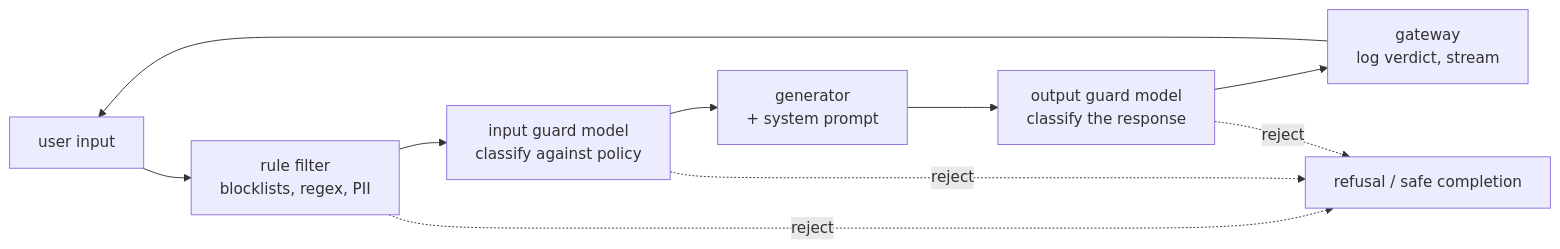
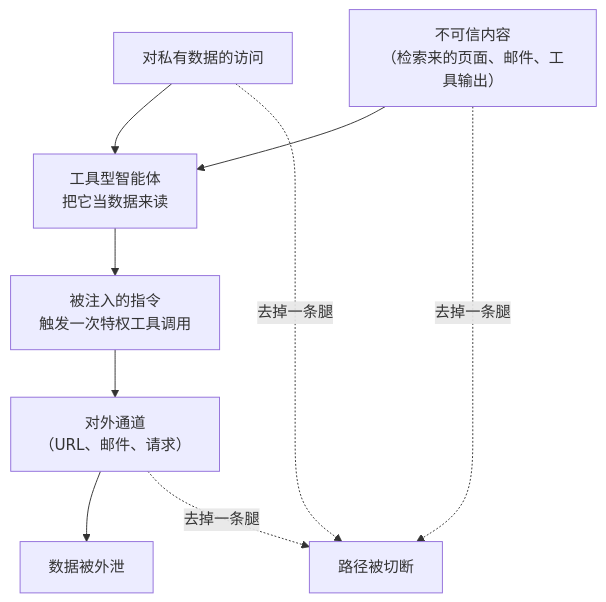
Before and after one commit to latere-ai/ai-as-an-infrastructure: the second of 2 diagrams in zh/p8-safety/35-runtime-safety.qmd, drawn with Mermaid. The commit also changed other lines of this file and 4 other files, not shown here.

First line of the commit message:
book: expand ch35 runtime-safety to design-first depth

````diff
--- a/zh/p8-safety/35-runtime-safety.qmd
+++ b/zh/p8-safety/35-runtime-safety.qmd
@@ -17,14 +49,13 @@
 ```{mermaid}
-%%| label: fig-runtime-safety-stack
-%%| fig-cap: "服务时的纵深防御。一个请求先过一道廉价的规则过滤器，再过一个输入守卫模型，再过受系统提示约束的生成器，再过一个输出守卫模型，最后由网关记录裁决并流式返回。每一层都尽其所能地早早拒绝，于是那个昂贵的裁判只看到含糊的余量。"
-flowchart LR
-  U["user input"] --> R["rule filter<br/>blocklists, regex, PII"]
-  R --> IG["input guard model<br/>classify against policy"]
-  IG --> G["generator<br/>+ system prompt"]
-  G --> OG["output guard model<br/>classify the response"]
-  OG --> GW["gateway<br/>log verdict, stream"]
-  GW --> U
-  R -.->|"reject"| X["refusal / safe completion"]
-  IG -.->|"reject"| X
-  OG -.->|"reject"| X
+%%| label: fig-lethal-trifecta
+%%| fig-cap: "致命的三元组。间接提示注入只有在一个智能体同时持有三种能力时才变成数据外泄：对私有数据的访问、对能携带一条被注入指令的不可信内容的暴露、以及一条把数据送出去的对外通道。去掉任一条腿都能切断那条路径，这正是最小权限的工具范围限定与外发通道筛查是吃重防御的缘故。取材自 Willison（2025）。"
+flowchart TD
+  inj["不可信内容<br/>（检索来的页面、邮件、工具输出）"] --> agent["工具型智能体<br/>把它当数据来读"]
+  priv["对私有数据的访问"] --> agent
+  agent --> act["被注入的指令<br/>触发一次特权工具调用"]
+  act --> exfil["对外通道<br/>（URL、邮件、请求）"]
+  exfil --> leak["数据被外泄"]
+  priv -.->|"去掉一条腿"| broken["路径被切断"]
+  inj -.->|"去掉一条腿"| broken
+  exfil -.->|"去掉一条腿"| broken
 ```
````
